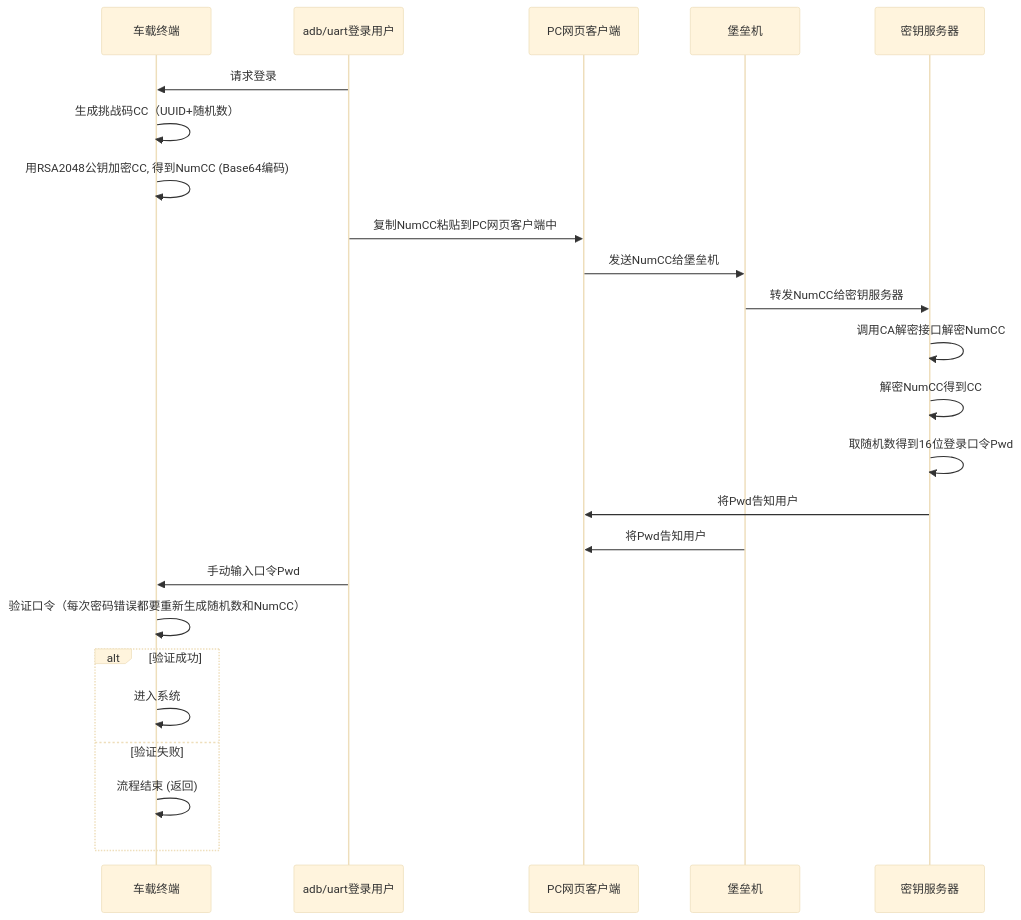
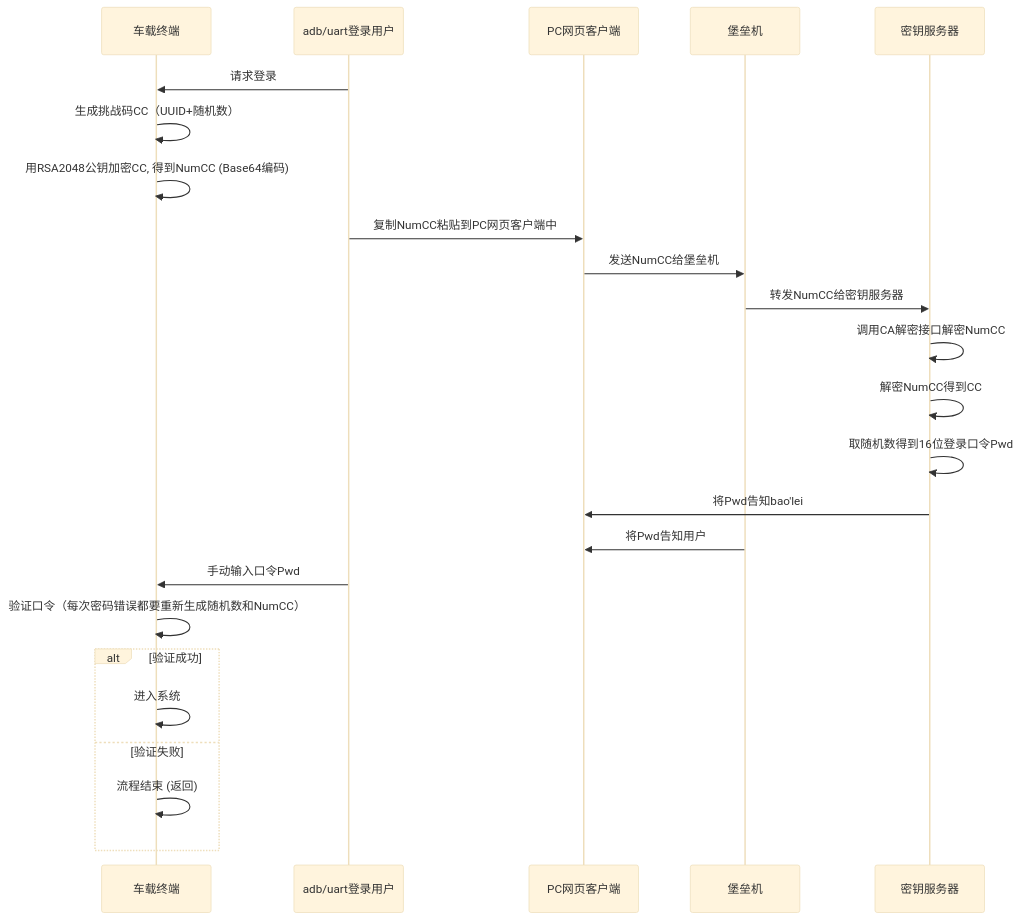
One commit to facebook-cloud/iodraw-files changed the diagram in all/未命名-16.md. Above: the diagram before and after it, drawn with Mermaid (base theme).

Commit message:
2026-02-05 18:05:35 update

````diff
--- a/all/未命名-16.md
+++ b/all/未命名-16.md
@@ -1,30 +1,30 @@
 ```mermaid
 sequenceDiagram
     participant tbox as 车载终端
     participant user as adb/uart登录用户
     participant pc as PC网页客户端
     participant bastion as 堡垒机
     participant tech_center as 密钥服务器
   
 
     user->>tbox: 请求登录
     tbox->>tbox: 生成挑战码CC（UUID+随机数）
     tbox->>tbox: 用RSA2048公钥加密CC, 得到NumCC (Base64编码)
     user->>pc: 复制NumCC粘贴到PC网页客户端中
     pc->>bastion: 发送NumCC给堡垒机
     bastion->>tech_center: 转发NumCC给密钥服务器
     tech_center->>tech_center: 调用CA解密接口解密NumCC
     tech_center->>tech_center: 解密NumCC得到CC
     tech_center->>tech_center: 取随机数得到16位登录口令Pwd
-    tech_center->>pc: 将Pwd告知用户
+    tech_center->>pc: 将Pwd告知bao'lei
     bastion->>pc: 将Pwd告知用户
     user->>tbox: 手动输入口令Pwd
     tbox->>tbox: 验证口令（每次密码错误都要重新生成随机数和NumCC）
     alt 验证成功
         tbox->>tbox: 进入系统
     else 验证失败
         tbox->>tbox: 流程结束 (返回)
     end
 
 
 ```
````
